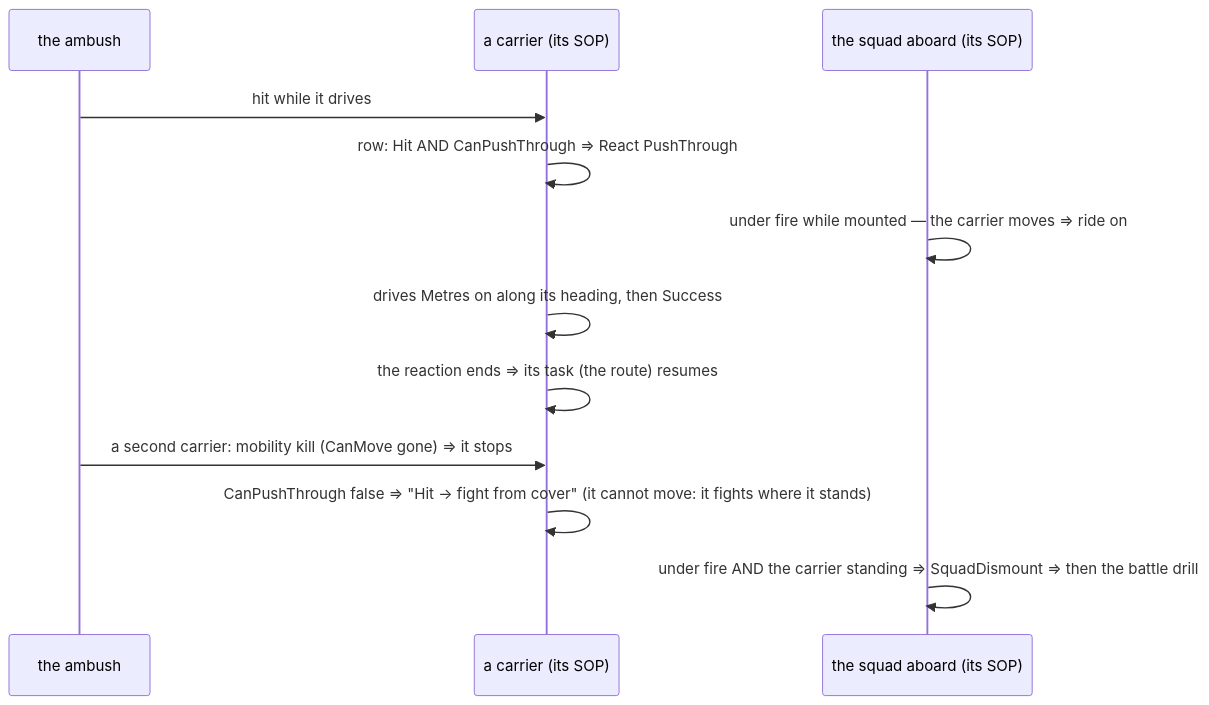
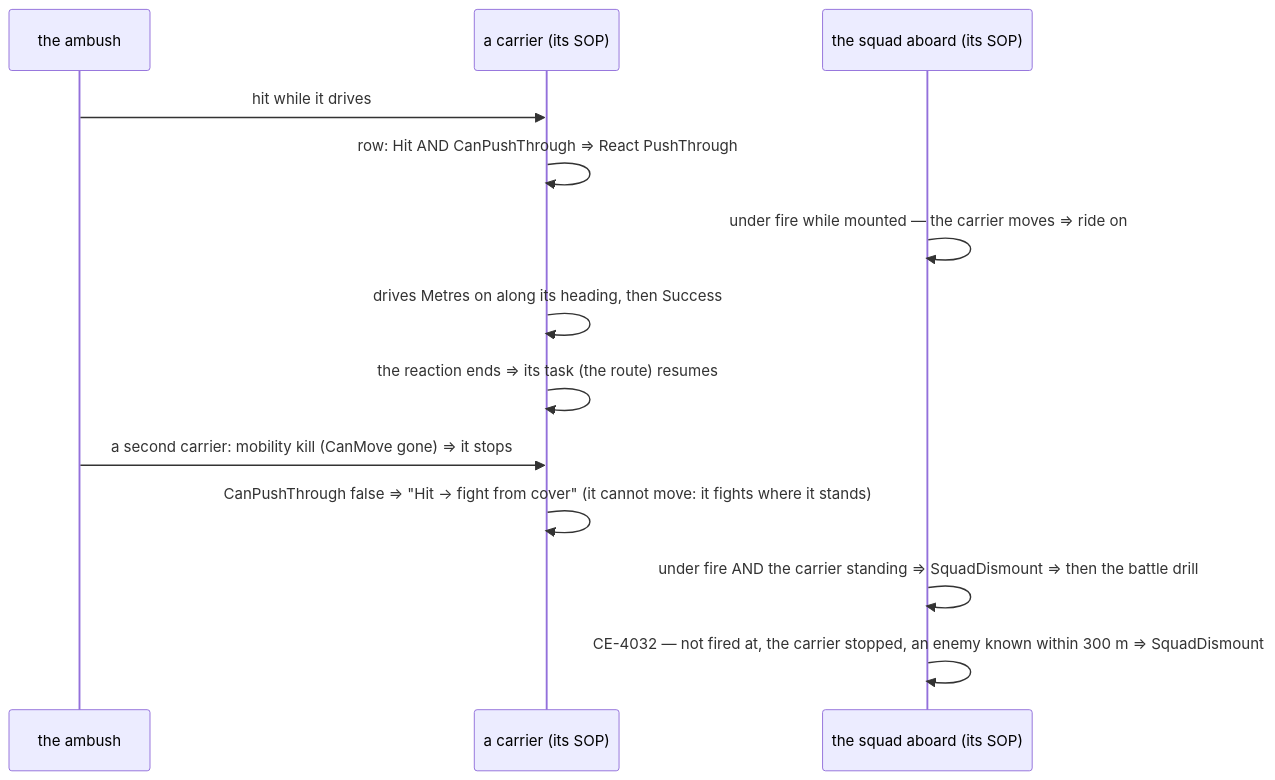
Diagram 36 of 40 in docs/designs/group-maneuvers/DESIGN_Squad_Tactics.md (pjanec/HROT), drawn with Mermaid before and after one commit. The commit also changed other lines of this file and 13 other files, not shown here.

````diff
--- a/docs/designs/group-maneuvers/DESIGN_Squad_Tactics.md
+++ b/docs/designs/group-maneuvers/DESIGN_Squad_Tactics.md
@@ -1730,14 +1730,15 @@
 ```mermaid
 sequenceDiagram
   participant E as the ambush
   participant V as a carrier (its SOP)
   participant S as the squad aboard (its SOP)
   E->>V: hit while it drives
   V->>V: row: Hit AND CanPushThrough ⇒ React PushThrough
   S->>S: under fire while mounted — the carrier moves ⇒ ride on
   V->>V: drives Metres on along its heading, then Success
   V->>V: the reaction ends ⇒ its task (the route) resumes
   E->>V: a second carrier: mobility kill (CanMove gone) ⇒ it stops
   V->>V: CanPushThrough false ⇒ "Hit → fight from cover" (it cannot move: it fights where it stands)
   S->>S: under fire AND the carrier standing ⇒ SquadDismount ⇒ then the battle drill
+  S->>S: CE-4032 — not fired at, the carrier stopped, an enemy known within 300 m ⇒ SquadDismount
 ```
````
